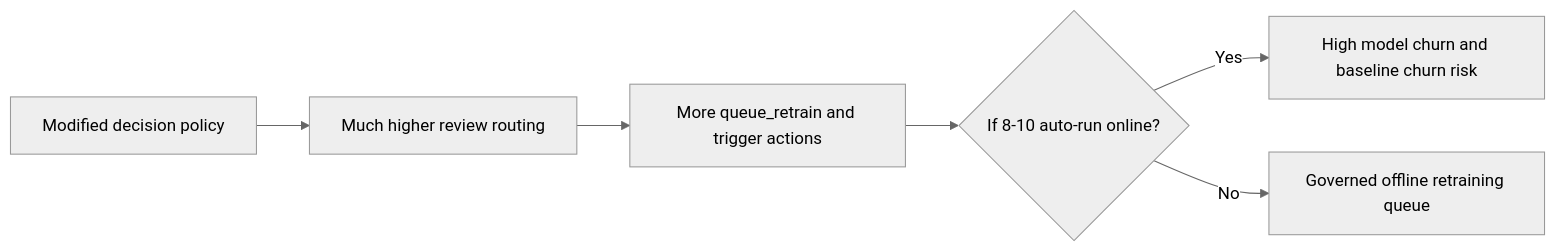
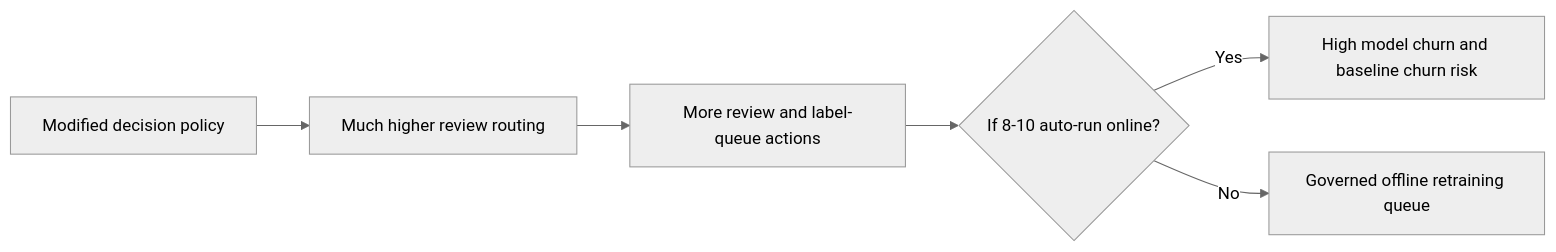
Before and after one commit to ShalinVachheta017/wearable-har-mlops-pipeline: diagram 19 of 20 in docs/PIPELINE_DATA_FLOW_MAP.md, drawn with Mermaid (neutral theme). The commit also changed other lines of this file and 450 other files, not shown here.

````diff
--- a/docs/PIPELINE_DATA_FLOW_MAP.md
+++ b/docs/PIPELINE_DATA_FLOW_MAP.md
@@ -627,8 +596,8 @@
 ```mermaid
 flowchart LR
     Z1[Modified decision policy] --> Z2[Much higher review routing]
-    Z2 --> Z3[More queue_retrain and trigger actions]
+    Z2 --> Z3[More review and label-queue actions]
     Z3 --> Z4{If 8-10 auto-run online?}
     Z4 -->|Yes| Z5[High model churn and baseline churn risk]
     Z4 -->|No| Z6[Governed offline retraining queue]
 ```
````
